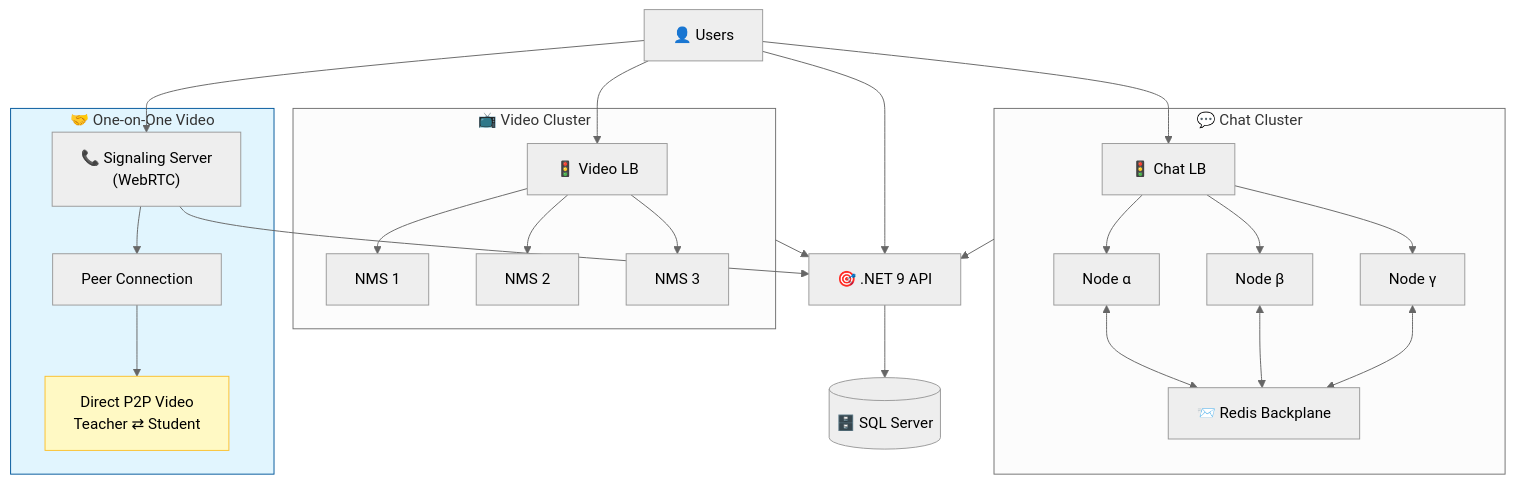
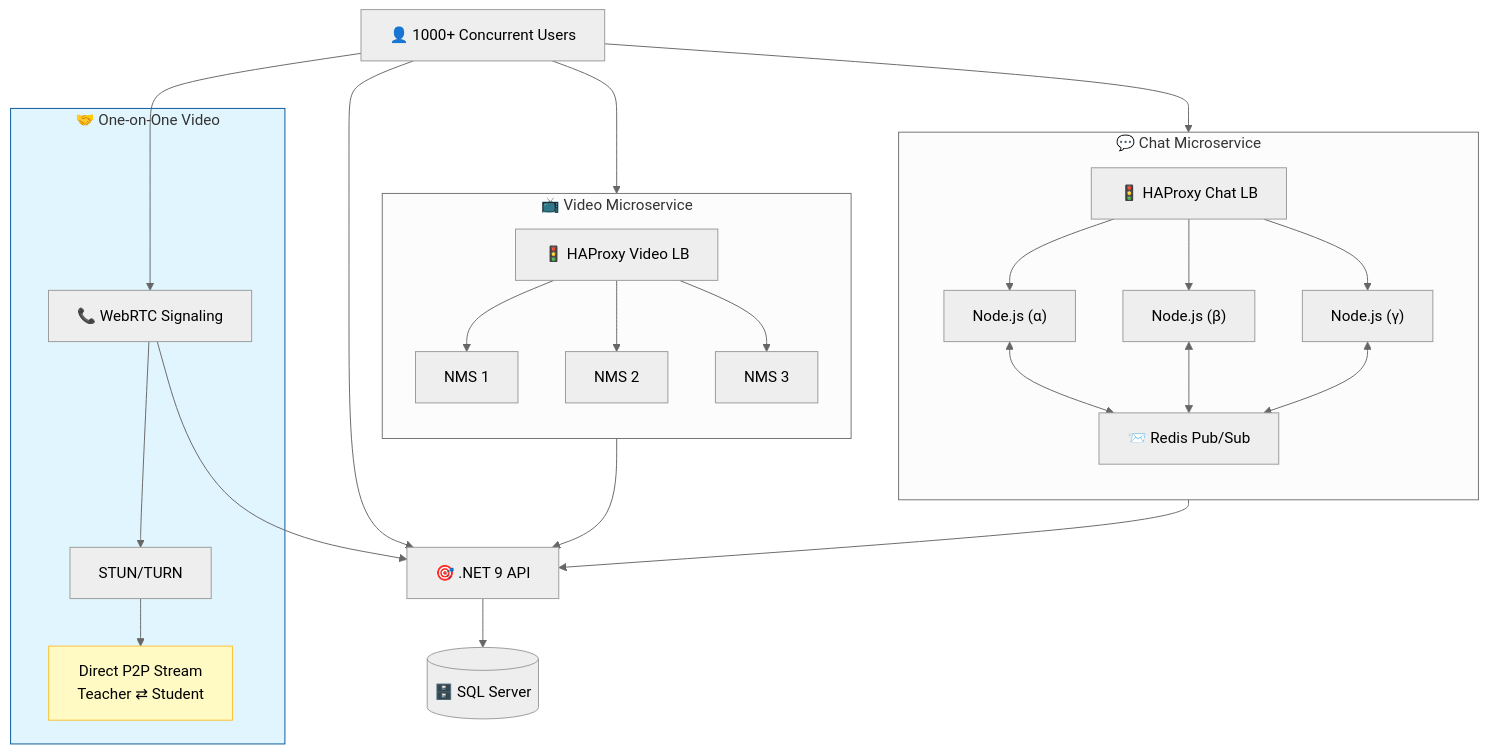
Before and after one commit to Ahmed-yasser86/Ahmed-yasser86: the diagram in README.md, drawn with Mermaid (neutral theme). The commit also changed other lines of this file, not shown here.

````diff
--- a/README.md
+++ b/README.md
@@ -63,31 +70,37 @@
 ```mermaid
 flowchart TB
-    User["👤 Users"] --> LB1["🚦 Chat LB"]
-    User --> LB2["🚦 Video LB"]
+    User["👤 1000+ Concurrent Users"] --> LB1["🚦 HAProxy Chat LB"]
+    User --> LB2["🚦 HAProxy Video LB"]
     User --> API["🎯 .NET 9 API"]
-    User --> WebRTC["📞 Signaling Server<br/>(WebRTC)"]
+    User --> WebRTC["📞 WebRTC Signaling"]
     
-    subgraph Chat["💬 Chat Cluster"]
-        LB1 --> C1["Node α"] & C2["Node β"] & C3["Node γ"]
-        C1 <--> Redis["📨 Redis Backplane"]
+    subgraph ChatCluster["💬 Chat Microservice"]
+        direction TB
+        LB1 --> C1["Node.js (α)"] 
+        LB1 --> C2["Node.js (β)"] 
+        LB1 --> C3["Node.js (γ)"]
+        C1 <--> Redis["📨 Redis Pub/Sub"]
         C2 <--> Redis
         C3 <--> Redis
     end
     
-    subgraph Video["📺 Video Cluster"]
-        LB2 --> V1["NMS 1"] & V2["NMS 2"] & V3["NMS 3"]
+    subgraph VideoCluster["📺 Video Microservice"]
+        direction TB
+        LB2 --> V1["NMS 1"] 
+        LB2 --> V2["NMS 2"] 
+        LB2 --> V3["NMS 3"]
     end
     
-    subgraph OneOnOne["🤝 One-on-One Video"]
-        WebRTC --> Signal["Peer Connection"]
-        Signal --> P2P["Direct P2P Video<br/>Teacher ⇄ Student"]
+    subgraph P2P["🤝 One-on-One Video"]
+        WebRTC --> Signal["STUN/TURN"]
+        Signal --> Direct["Direct P2P Stream<br/>Teacher ⇄ Student"]
     end
     
     API --> DB[("🗄️ SQL Server")]
-    Chat --> API
-    Video --> API
+    ChatCluster --> API
+    VideoCluster --> API
     WebRTC --> API
     
-    style OneOnOne fill:#e1f5fe,stroke:#01579b
-    style P2P fill:#fff9c4,stroke:#fbc02d
+    style P2P fill:#e1f5fe,stroke:#01579b
+    style Direct fill:#fff9c4,stroke:#fbc02d
 ```
````
